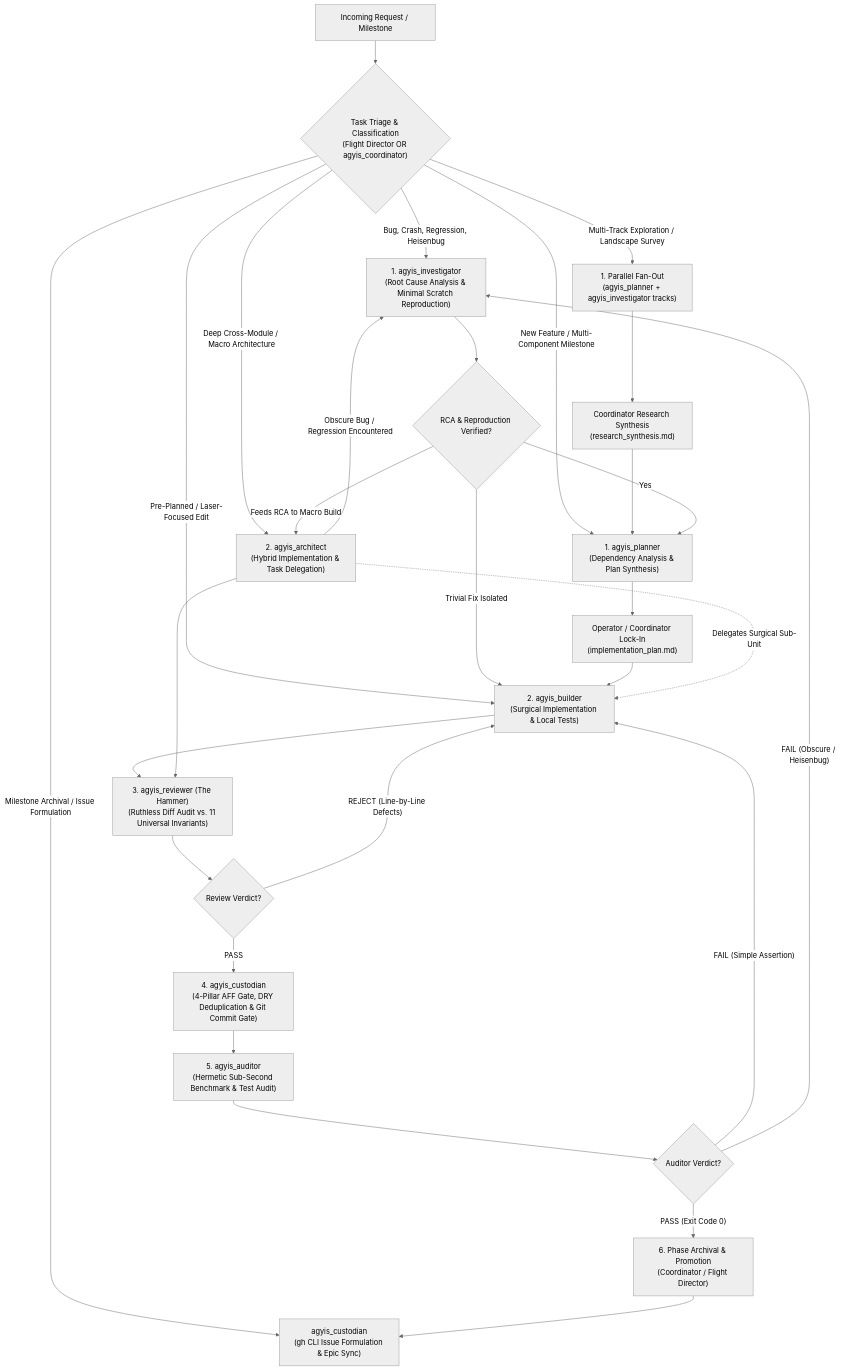
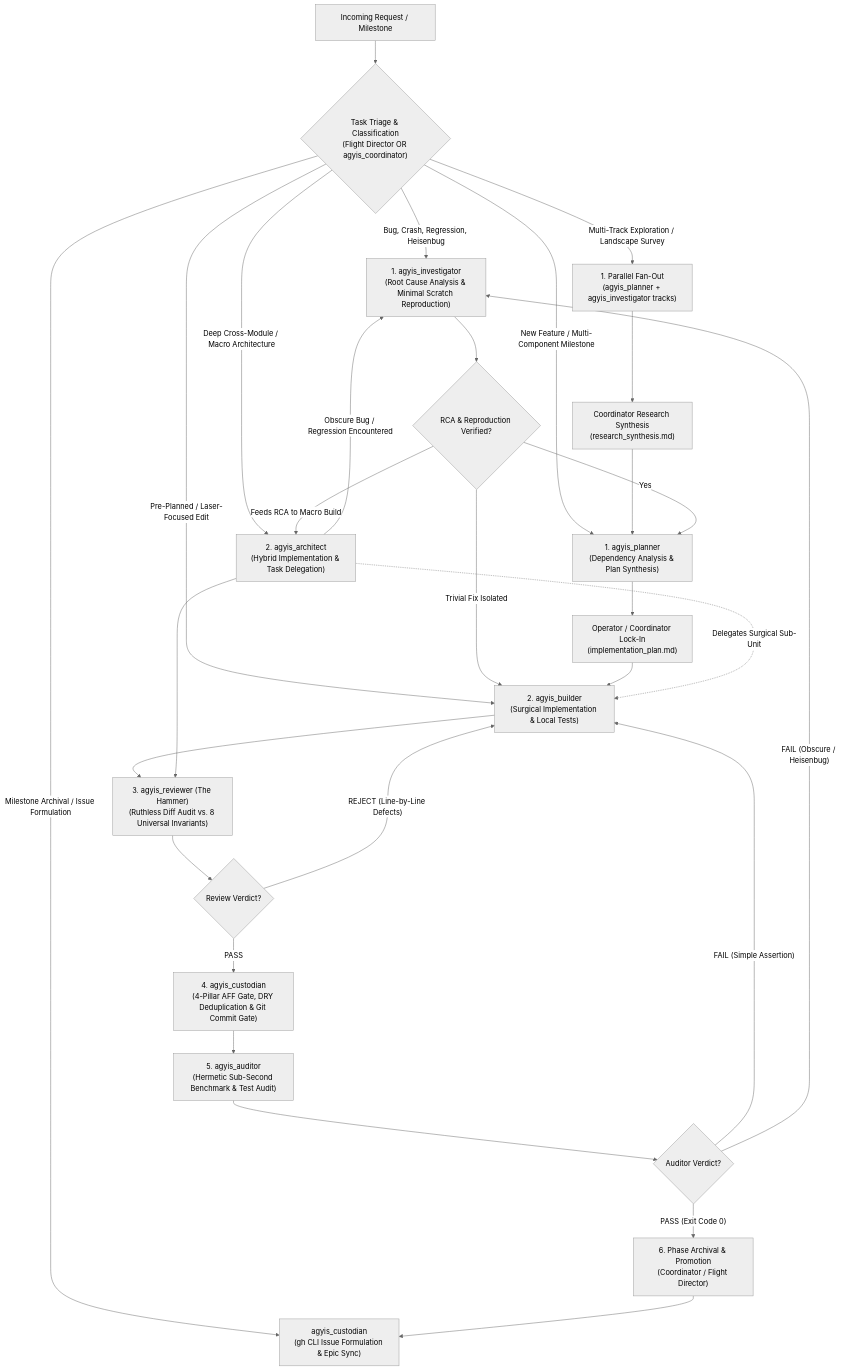
The diagram in harness/skills/subagent-router/references/workflow-routing-table.md (kuasha420/agyis-harness), drawn with Mermaid (neutral theme) before and after one commit. The commit also changed other lines of this file and 27 other files, not shown here.

````diff
--- a/harness/skills/subagent-router/references/workflow-routing-table.md
+++ b/harness/skills/subagent-router/references/workflow-routing-table.md
@@ -10,49 +10,49 @@
 ```mermaid
 flowchart TD
     START["Incoming Request / Milestone"] --> TRIAGE{"Task Triage & Classification<br/>(Flight Director OR agyis_coordinator)"}
     
     %% Triage Paths
     TRIAGE -- "Bug, Crash, Regression, Heisenbug" --> INV["1. agyis_investigator<br/>(Root Cause Analysis & Minimal Scratch Reproduction)"]
     TRIAGE -- "New Feature / Multi-Component Milestone" --> PLAN["1. agyis_planner<br/>(Dependency Analysis & Plan Synthesis)"]
     TRIAGE -- "Pre-Planned / Laser-Focused Edit" --> BUILD["2. agyis_builder<br/>(Surgical Implementation & Local Tests)"]
     TRIAGE -- "Deep Cross-Module / Macro Architecture" --> ARCH["2. agyis_architect<br/>(Hybrid Implementation & Task Delegation)"]
     TRIAGE -- "Multi-Track Exploration / Landscape Survey" --> FANOUT["1. Parallel Fan-Out<br/>(agyis_planner + agyis_investigator tracks)"]
     TRIAGE -- "Milestone Archival / Issue Formulation" --> CUST_GOV["agyis_custodian<br/>(gh CLI Issue Formulation & Epic Sync)"]
 
     %% Fanout to Coordinator Synthesis
     FANOUT --> SYNTH["Coordinator Research Synthesis<br/>(research_synthesis.md)"]
     SYNTH --> PLAN
 
     %% Investigation to Planning/Building/Architect
     INV --> RCA_OK{"RCA & Reproduction Verified?"}
     RCA_OK -- Yes --> PLAN
     RCA_OK -- "Trivial Fix Isolated" --> BUILD
     RCA_OK -- "Feeds RCA to Macro Build" --> ARCH
 
     %% Planning to Building
     PLAN --> LOCK["Operator / Coordinator Lock-In<br/>(implementation_plan.md)"]
     LOCK --> BUILD
 
     %% Architect Downstream Delegation to Investigator & Builder
     ARCH -- "Obscure Bug / Regression Encountered" --> INV
     ARCH -.->|"Delegates Surgical Sub-Unit"| BUILD
 
     %% Builder / Architect to Hammer Review
-    BUILD --> HAMMER["3. agyis_reviewer (The Hammer)<br/>(Ruthless Diff Audit vs. 11 Universal Invariants)"]
+    BUILD --> HAMMER["3. agyis_reviewer (The Hammer)<br/>(Ruthless Diff Audit vs. 8 Universal Invariants)"]
     ARCH --> HAMMER
 
     %% Review Verdict
     HAMMER --> REVIEW_OK{"Review Verdict?"}
     REVIEW_OK -- "REJECT (Line-by-Line Defects)" --> BUILD
     REVIEW_OK -- "PASS" --> CUST["4. agyis_custodian<br/>(4-Pillar AFF Gate, DRY Deduplication & Git Commit Gate)"]
 
     %% Custodian to Auditor
     CUST --> AUDIT["5. agyis_auditor<br/>(Hermetic Sub-Second Benchmark & Test Audit)"]
 
     %% Auditor Verdict
     AUDIT --> AUDIT_OK{"Auditor Verdict?"}
     AUDIT_OK -- "FAIL (Simple Assertion)" --> BUILD
     AUDIT_OK -- "FAIL (Obscure / Heisenbug)" --> INV
     AUDIT_OK -- "PASS (Exit Code 0)" --> PROMOTE["6. Phase Archival & Promotion<br/>(Coordinator / Flight Director)"]
     PROMOTE --> CUST_GOV
 ```
````
